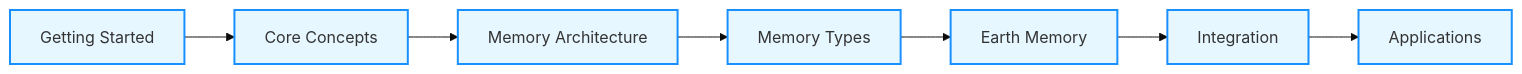
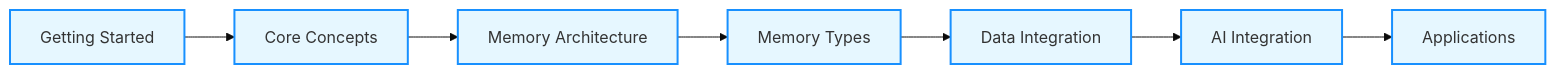
The second of 2 diagrams in docs/source/index.rst (Vortx-AI/memories-dev), drawn with Mermaid (base theme) before and after one commit. The commit also changed other lines of this file and 3 other files, not shown here.

```diff
--- a/docs/source/index.rst
+++ b/docs/source/index.rst
@@ -158,17 +216,17 @@
 .. mermaid::
 
    flowchart LR
       A[Getting Started] --> B[Core Concepts]
       B --> C[Memory Architecture]
       C --> D[Memory Types]
-      D --> E[Earth Memory]
-      E --> F[Integration]
+      D --> E[Data Integration]
+      E --> F[AI Integration]
       F --> G[Applications]
       
       style A fill:#e6f7ff,stroke:#1890ff,stroke-width:2px
       style B fill:#e6f7ff,stroke:#1890ff,stroke-width:2px
       style C fill:#e6f7ff,stroke:#1890ff,stroke-width:2px
       style D fill:#e6f7ff,stroke:#1890ff,stroke-width:2px
       style E fill:#e6f7ff,stroke:#1890ff,stroke-width:2px
       style F fill:#e6f7ff,stroke:#1890ff,stroke-width:2px
       style G fill:#e6f7ff,stroke:#1890ff,stroke-width:2px
```
